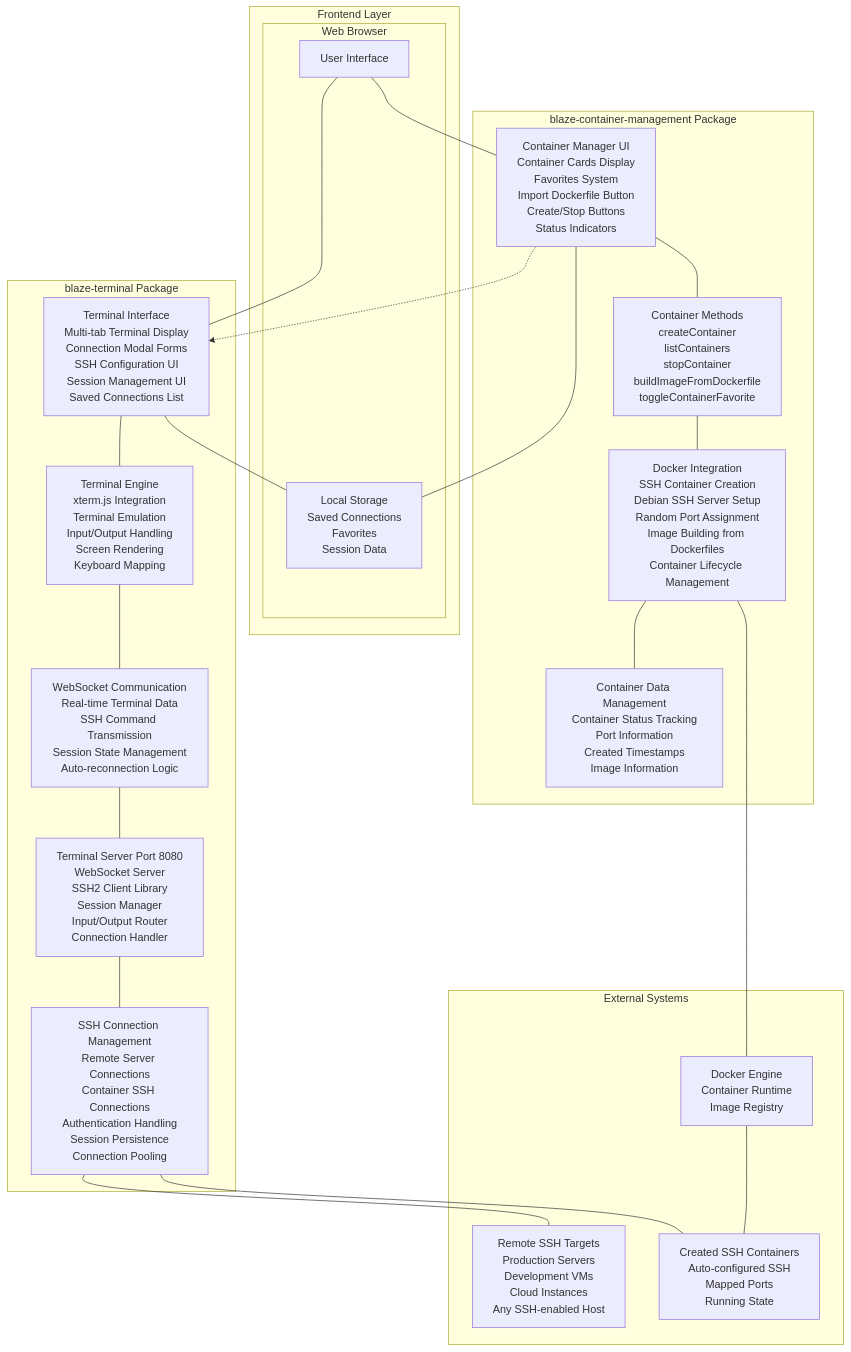
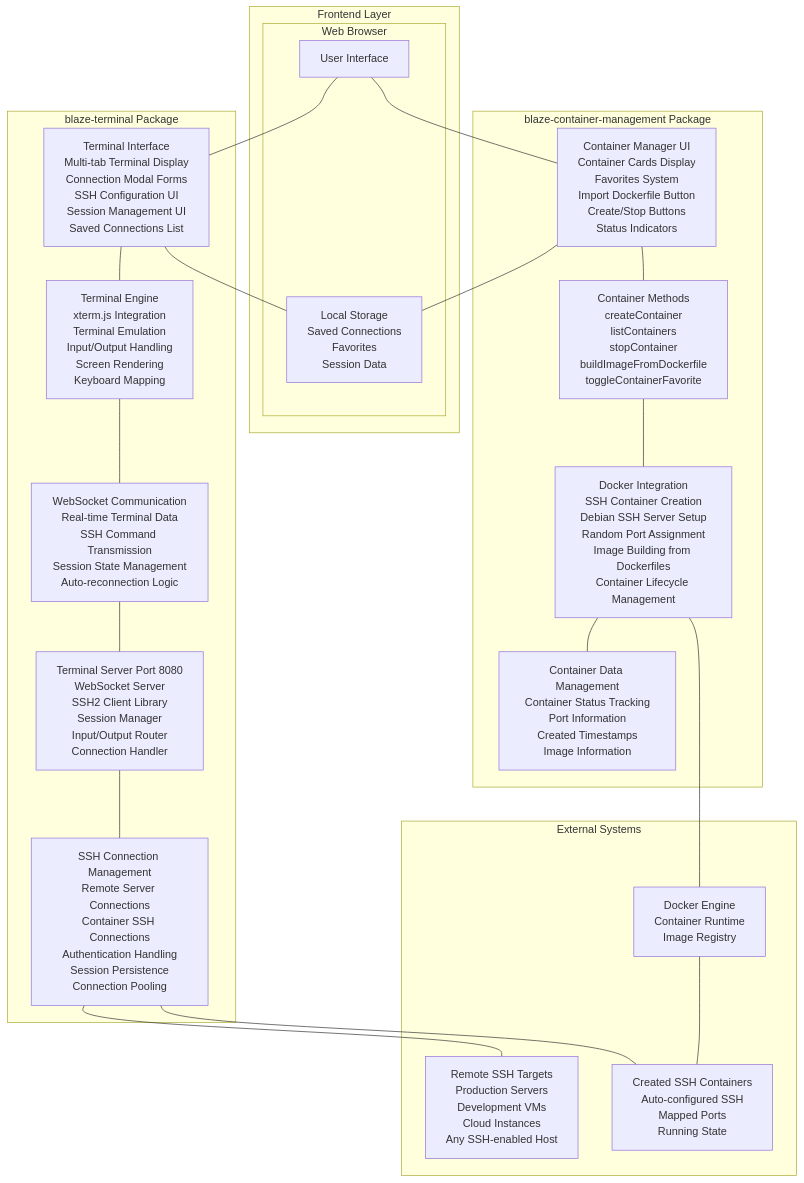
The diagram in README.md (Dharp02/Blaze-web-terminal), drawn with Mermaid before and after one commit.

````diff
--- a/README.md
+++ b/README.md
@@ -5,59 +5,57 @@
 ```mermaid
 graph TB
     subgraph FrontendLayer["Frontend Layer"]
         subgraph WebBrowser["Web Browser"]
             UI[User Interface]
             LocalStorage[Local Storage<br/>Saved Connections<br/>Favorites<br/>Session Data]
         end
     end
     
     subgraph ContainerPackage["blaze-container-management Package"]
         ContainerUI[Container Manager UI<br/>Container Cards Display<br/>Favorites System<br/>Import Dockerfile Button<br/>Create/Stop Buttons<br/>Status Indicators]
         
         ContainerMethods[Container Methods<br/>createContainer<br/>listContainers<br/>stopContainer<br/>buildImageFromDockerfile<br/>toggleContainerFavorite]
         
         DockerIntegration[Docker Integration<br/>SSH Container Creation<br/>Debian SSH Server Setup<br/>Random Port Assignment<br/>Image Building from Dockerfiles<br/>Container Lifecycle Management]
         
         ContainerData[Container Data Management<br/>Container Status Tracking<br/>Port Information<br/>Created Timestamps<br/>Image Information]
     end
     
     subgraph TerminalPackage["blaze-terminal Package"]
         TerminalUI[Terminal Interface<br/>Multi-tab Terminal Display<br/>Connection Modal Forms<br/>SSH Configuration UI<br/>Session Management UI<br/>Saved Connections List]
         
         TerminalEngine[Terminal Engine<br/>xterm.js Integration<br/>Terminal Emulation<br/>Input/Output Handling<br/>Screen Rendering<br/>Keyboard Mapping]
         
         WSCommunication[WebSocket Communication<br/>Real-time Terminal Data<br/>SSH Command Transmission<br/>Session State Management<br/>Auto-reconnection Logic]
         
         SSHManagement[SSH Connection Management<br/>Remote Server Connections<br/>Container SSH Connections<br/>Authentication Handling<br/>Session Persistence<br/>Connection Pooling]
         
         TerminalServer[Terminal Server Port 8080<br/>WebSocket Server<br/>SSH2 Client Library<br/>Session Manager<br/>Input/Output Router<br/>Connection Handler]
     end
     
     subgraph ExternalSystems["External Systems"]
         DockerEngine[Docker Engine<br/>Container Runtime<br/>Image Registry]
         
         RemoteServers[Remote SSH Targets<br/>Production Servers<br/>Development VMs<br/>Cloud Instances<br/>Any SSH-enabled Host]
         
         CreatedContainers[Created SSH Containers<br/>Auto-configured SSH<br/>Mapped Ports<br/>Running State]
     end
     
     UI --- ContainerUI
     UI --- TerminalUI
     ContainerUI --- LocalStorage
     TerminalUI --- LocalStorage
     
     ContainerUI --- ContainerMethods
     ContainerMethods --- DockerIntegration
     DockerIntegration --- ContainerData
     DockerIntegration --- DockerEngine
     DockerEngine --- CreatedContainers
     
     TerminalUI --- TerminalEngine
     TerminalEngine --- WSCommunication
     WSCommunication --- TerminalServer
     TerminalServer --- SSHManagement
     SSHManagement --- RemoteServers
     SSHManagement --- CreatedContainers
-    
-    ContainerUI -.-> TerminalUI
 ```
````
